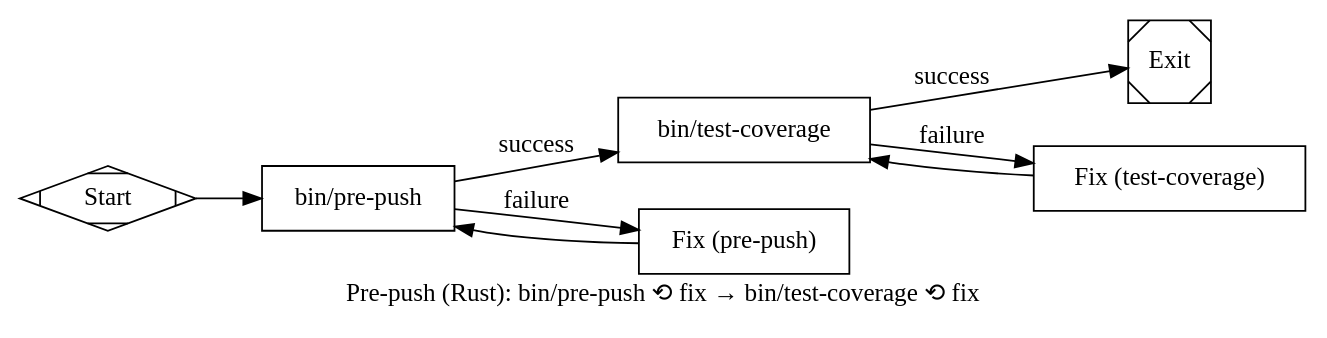
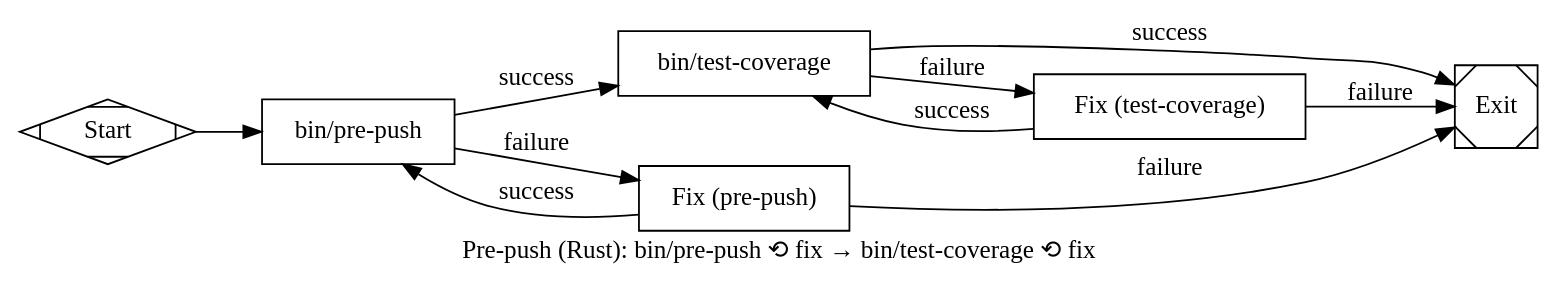
Before and after one commit to Industrial/streamweave-attractor: the diagram in examples/workflows/pre-push.dot, drawn with Graphviz. The commit also changed 5 other files, not shown here.

First line of the commit message:
feat: enhance workflow diagrams with outcome-based conditions

```diff
--- a/examples/workflows/pre-push.dot
+++ b/examples/workflows/pre-push.dot
@@ -1,44 +1,46 @@
 digraph PrePush {
   graph [
     goal="Run pre-push quality gates for Rust project; fix-and-retry until success",
     label="Pre-push (Rust): bin/pre-push ⟲ fix → bin/test-coverage ⟲ fix"
   ]
   rankdir=LR
 
   start [shape=Mdiamond, label="Start"]
   exit [shape=Msquare, label="Exit"]
 
   pre_push [
     shape=box,
     type=exec,
     label="bin/pre-push",
     command="devenv shell -- bin/pre-push"
   ]
 
   test_coverage [
     shape=box,
     type=exec,
     label="bin/test-coverage",
     command="devenv shell -- bin/test-coverage"
   ]
 
   fix_pre_push [
     shape=box,
     label="Fix (pre-push)",
     prompt="bin/pre-push failed (format, lint, check, build, test, etc.). From the output or logs, identify failures. Create small bd tasks: devenv shell -- bd create \"...\" -t task -p 1 --json. Act as beads-worker: bd ready, claim one task, fix it, bd close, commit. Do NOT commit .beads/issues.jsonl. Exit 0; pipeline returns to bin/pre-push."
   ]
 
   fix_test_coverage [
     shape=box,
     label="Fix (test-coverage)",
     prompt="bin/test-coverage failed. From the output, identify coverage or test failures. Create small bd tasks: devenv shell -- bd create \"...\" -t task -p 1 --json. Act as beads-worker: bd ready, claim one task, fix it, bd close, commit. Do NOT commit .beads/issues.jsonl. Exit 0; pipeline returns to bin/test-coverage."
   ]
 
   start -> pre_push
   pre_push -> test_coverage [label="success", condition="outcome=success"]
   pre_push -> fix_pre_push [label="failure", condition="outcome=fail"]
-  fix_pre_push -> pre_push
+  fix_pre_push -> pre_push [label="success", condition="outcome=success"]
+  fix_pre_push -> exit [label="failure", condition="outcome=fail"]
   test_coverage -> exit [label="success", condition="outcome=success"]
   test_coverage -> fix_test_coverage [label="failure", condition="outcome=fail"]
-  fix_test_coverage -> test_coverage
+  fix_test_coverage -> test_coverage [label="success", condition="outcome=success"]
+  fix_test_coverage -> exit [label="failure", condition="outcome=fail"]
 }
```
